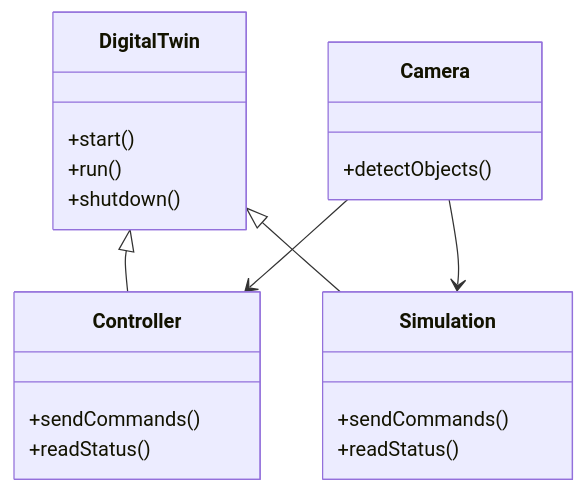
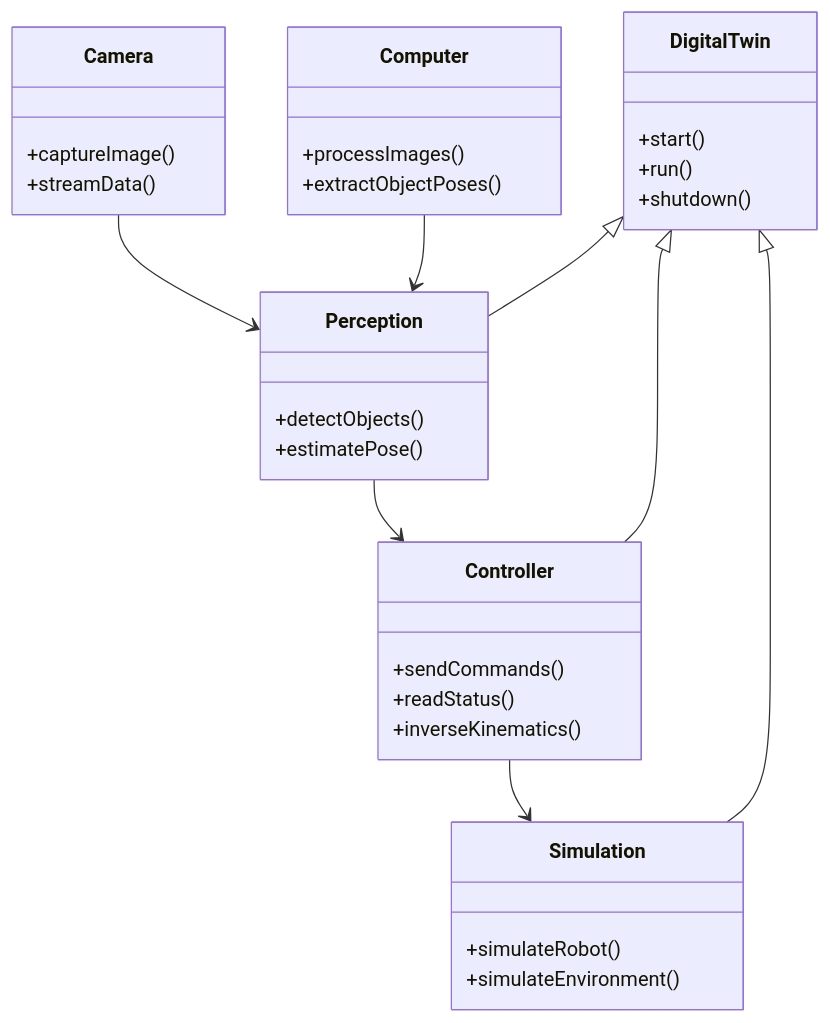
Before and after one commit to MGross21/Agnostic-Digital-Twin-Robotic-Controller: the diagram in README.md, drawn with Mermaid. The commit also changed 2 other files, not shown here.

Commit message:
add new figures and update class diagram in README.md to include Perception and Computer classes

````diff
--- a/README.md
+++ b/README.md
@@ -17,26 +17,41 @@
 ```mermaid
 classDiagram
+    Camera --> Perception
+    Computer --> Perception
+    Perception --> Controller
+    Controller --> Simulation
+
+    DigitalTwin <|-- Perception
     DigitalTwin <|-- Controller
     DigitalTwin <|-- Simulation
 
     DigitalTwin : +start()
     DigitalTwin : +run()
     DigitalTwin : +shutdown()
 
+    class Camera {
+        +captureImage()
+        +streamData()
+    }
+
+    class Computer {
+        +processImages()
+        +extractObjectPoses()
+    }
+
+    class Perception {
+        +detectObjects()
+        +estimatePose()
+    }
+
     class Controller {
         +sendCommands()
         +readStatus()
+        +inverseKinematics()
     }
 
     class Simulation {
-        +sendCommands()
-        +readStatus()
-    }
-
-    Camera --> Simulation
-    Camera --> Controller
-
-    class Camera {
-        +detectObjects()
+        +simulateRobot()
+        +simulateEnvironment()
     }
 ```
````
